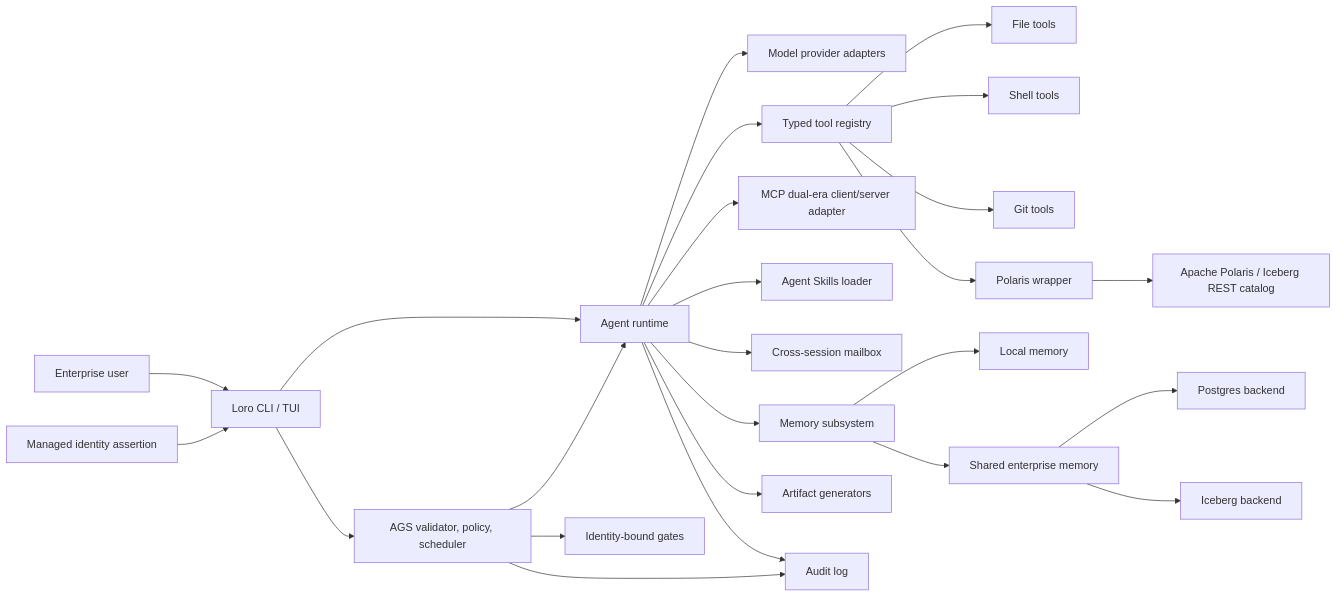
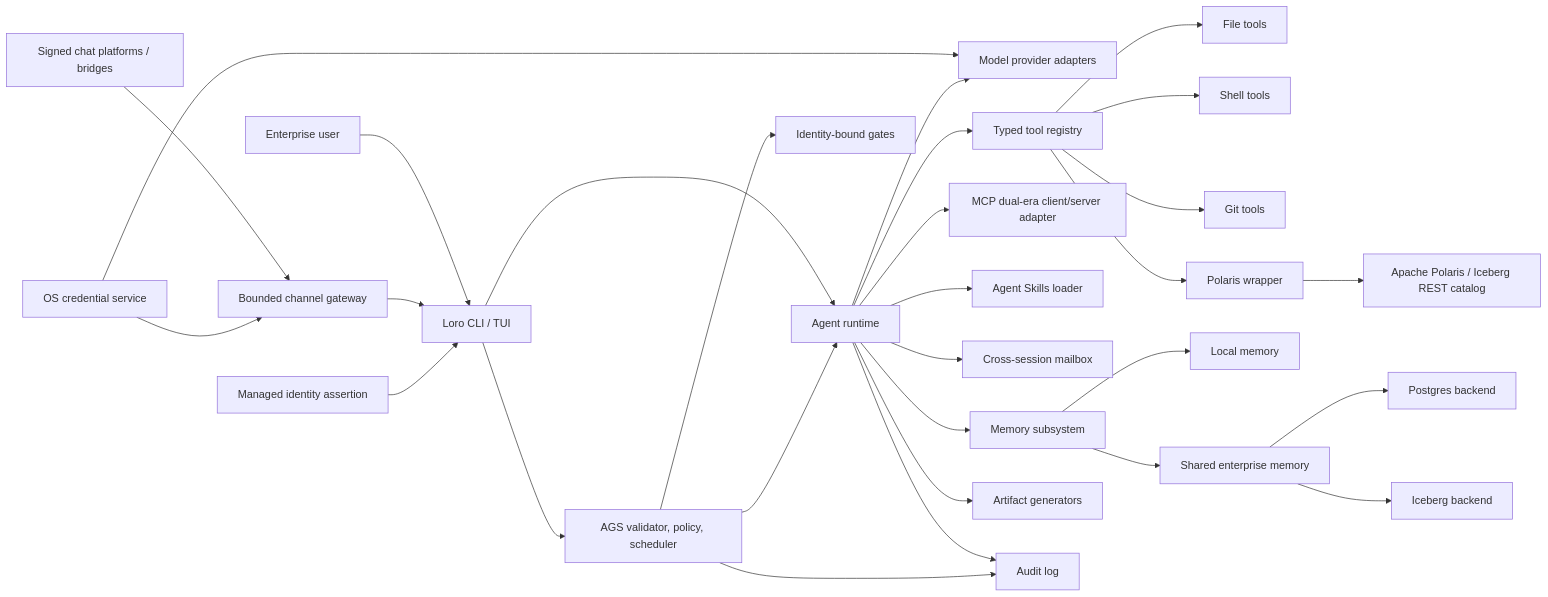
The diagram in ARCHITECTURE.md (alexmerced-oss/loro), drawn with Mermaid before and after one commit. The commit also changed other lines of this file and 33 other files, not shown here.

````diff
--- a/ARCHITECTURE.md
+++ b/ARCHITECTURE.md
@@ -7,27 +7,31 @@
 ```mermaid
 flowchart LR
   User["Enterprise user"] --> CLI["Loro CLI / TUI"]
+  Chat["Signed chat platforms / bridges"] --> Gateway["Bounded channel gateway"]
+  Gateway --> CLI
+  Vault["OS credential service"] --> Models
+  Vault --> Gateway
   Identity["Managed identity assertion"] --> CLI
   CLI --> Runtime["Agent runtime"]
   Runtime --> Models["Model provider adapters"]
   Runtime --> Tools["Typed tool registry"]
   Runtime --> MCP["MCP dual-era client/server adapter"]
   Runtime --> Skills["Agent Skills loader"]
   Runtime --> Mailbox["Cross-session mailbox"]
   Runtime --> Memory["Memory subsystem"]
   Runtime --> Artifacts["Artifact generators"]
   Runtime --> Audit["Audit log"]
   CLI --> AGraph["AGS validator, policy, scheduler"]
   AGraph --> Runtime
   AGraph --> Approvals["Identity-bound gates"]
   AGraph --> Audit
   Tools --> Files["File tools"]
   Tools --> Shell["Shell tools"]
   Tools --> Git["Git tools"]
   Tools --> Polaris["Polaris wrapper"]
   Memory --> Local["Local memory"]
   Memory --> Shared["Shared enterprise memory"]
   Shared --> Postgres["Postgres backend"]
   Shared --> Iceberg["Iceberg backend"]
   Polaris --> Catalog["Apache Polaris / Iceberg REST catalog"]
 ```
````
